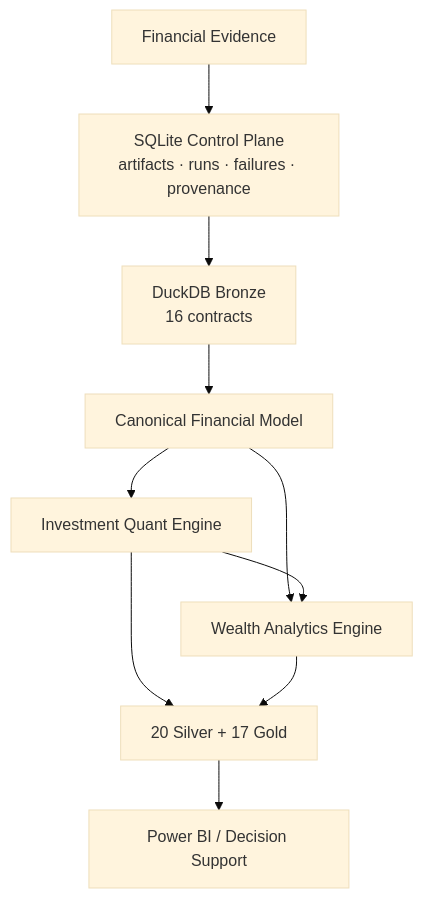
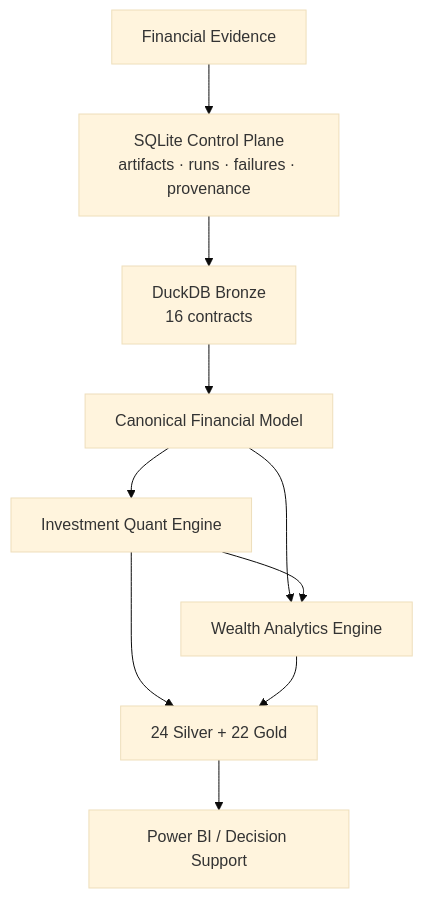
The second of 4 diagrams in docs/about/project.md (tks18/personal-finance-etl), drawn with Mermaid (base theme) before and after one commit. The commit also changed other lines of this file, not shown here.

````diff
--- a/docs/about/project.md
+++ b/docs/about/project.md
@@ -104,12 +104,12 @@
 ```mermaid
 flowchart TB
     SRC["Financial Evidence"] --> CP["SQLite Control Plane<br/>artifacts · runs · failures · provenance"]
     CP --> BR["DuckDB Bronze<br/>16 contracts"]
     BR --> CAN["Canonical Financial Model"]
     CAN --> INV["Investment Quant Engine"]
     CAN --> HH["Wealth Analytics Engine"]
     INV --> HH
-    INV --> SG["20 Silver + 17 Gold"]
+    INV --> SG["24 Silver + 22 Gold"]
     HH --> SG
     SG --> BI["Power BI / Decision Support"]
 ```
````
